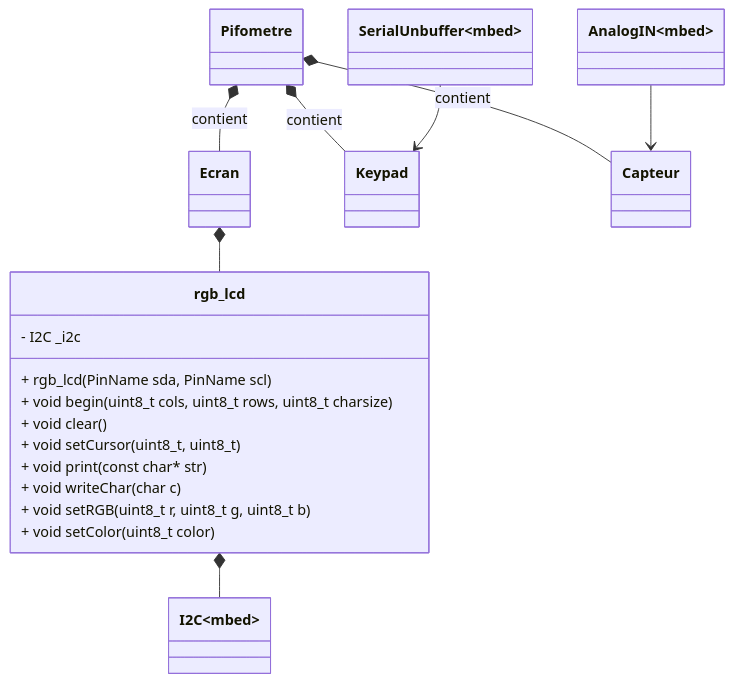
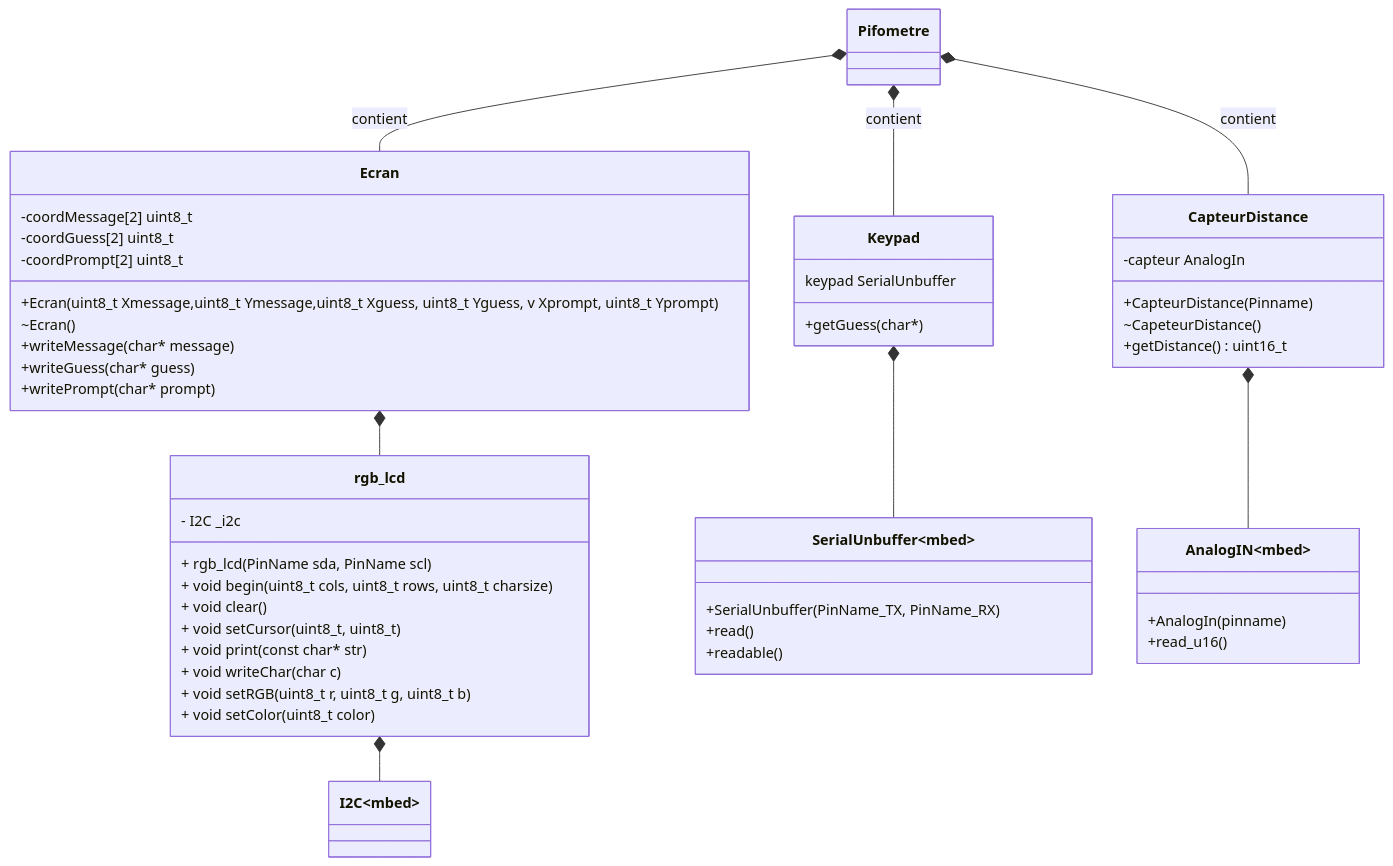
One commit to PetitLucien/project_TP_Cpp changed the diagram in ClassDiagram.md. Above: the diagram before and after it, drawn with Mermaid.

```diff
--- a/ClassDiagram.md
+++ b/ClassDiagram.md
@@ -1,50 +1,65 @@
 :::mermaid
 classDiagram
     class Pifometre {
        
     }
 
     class Ecran {
-    
+        -coordMessage[2] uint8_t
+        -coordGuess[2] uint8_t
+        -coordPrompt[2] uint8_t
+        +Ecran(uint8_t Xmessage,uint8_t Ymessage,uint8_t Xguess, uint8_t Yguess, v Xprompt, uint8_t Yprompt)
+        ~Ecran()
+        +writeMessage(char* message)
+        +writeGuess(char* guess)
+        +writePrompt(char* prompt)
+        
     }
 
     class rgb_lcd {
         - I2C _i2c
   
         + rgb_lcd(PinName sda, PinName scl)
         + void begin(uint8_t cols, uint8_t rows, uint8_t charsize)
         + void clear()
         + void setCursor(uint8_t, uint8_t)
         + void print(const char* str)
         + void writeChar(char c)
         + void setRGB(uint8_t r, uint8_t g, uint8_t b)
         + void setColor(uint8_t color)
     }
     class I2C ~mbed~{
 
     }
 
     class SerialUnbuffer ~mbed~ {
-        
+        +SerialUnbuffer(PinName_TX, PinName_RX)
+        +read()
+        +readable()
     }
     class Keypad{
-
+        keypad SerialUnbuffer
+        +getGuess(char*) 
     }
     class AnalogIN~mbed~{
-
+        +AnalogIn(pinname)
+        +read_u16()
     }
-    class Capteur{
-        
+    class CapteurDistance{
+        -capteur AnalogIn
+        +CapteurDistance(Pinname)
+        ~CapeteurDistance()
+        +getDistance() uint16_t
     }
 
     Pifometre *--  Ecran : contient
-    Pifometre *--  Capteur : contient
+    Pifometre *--  CapteurDistance : contient
     Pifometre *--  Keypad : contient
     Ecran *-- rgb_lcd 
     rgb_lcd *-- I2C
-    SerialUnbuffer --> Keypad
-    AnalogIN --> Capteur
+    Keypad *-- SerialUnbuffer
+    CapteurDistance *-- AnalogIN
 
 
 
 :::
```
